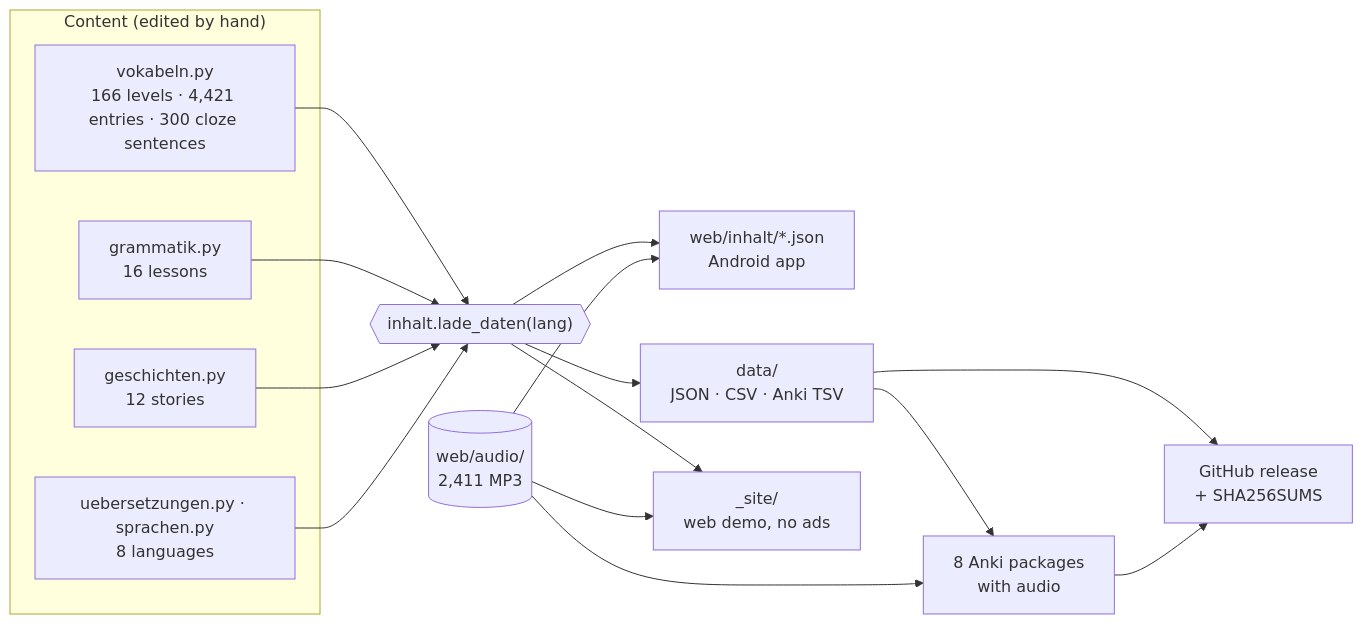
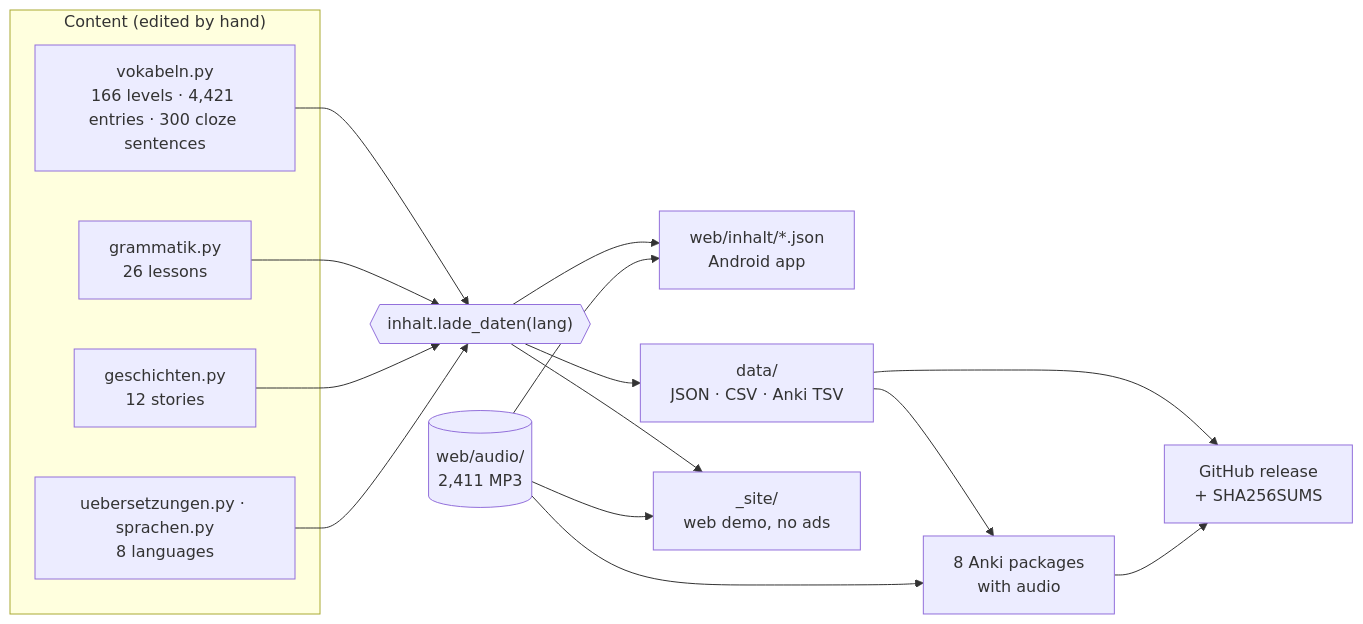
The first of 2 diagrams in README.md (zmaj-lernapp/zmaj), drawn with Mermaid before and after one commit. The commit also changed other lines of this file and 19 other files, not shown here.

````diff
--- a/README.md
+++ b/README.md
@@ -130,19 +130,19 @@
 ```mermaid
 flowchart LR
   subgraph src["Content (edited by hand)"]
     V["vokabeln.py<br/>166 levels · 4,421 entries · 300 cloze sentences"]
-    G["grammatik.py<br/>16 lessons"]
+    G["grammatik.py<br/>26 lessons"]
     S["geschichten.py<br/>12 stories"]
     U["uebersetzungen.py · sprachen.py<br/>8 languages"]
   end
   L{{"inhalt.lade_daten(lang)"}}
   V & G & S & U --> L
   A[("web/audio/<br/>2,411 MP3")]
   L --> APP["web/inhalt/*.json<br/>Android app"]
   L --> DS["data/<br/>JSON · CSV · Anki TSV"]
   L --> DEMO["_site/<br/>web demo, no ads"]
   DS --> ANKI["8 Anki packages<br/>with audio"]
   A --> APP & DEMO & ANKI
   DS --> REL["GitHub release<br/>+ SHA256SUMS"]
   ANKI --> REL
 ```
````
